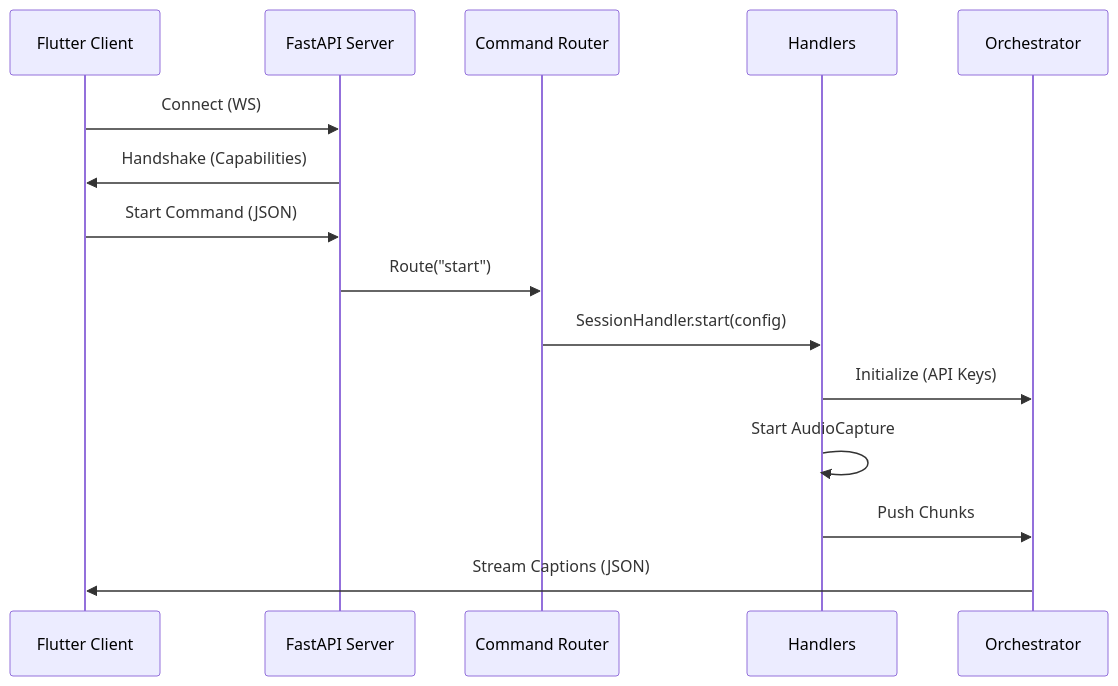
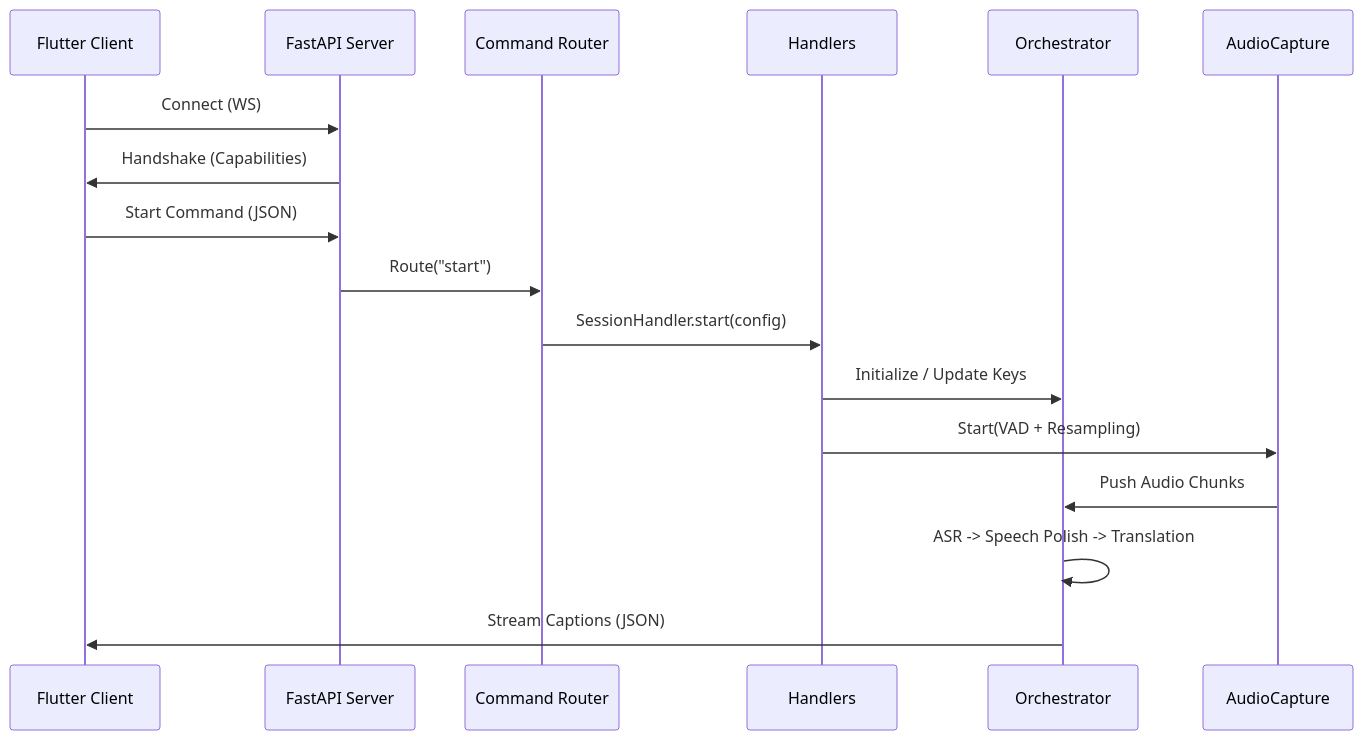
One commit to Marshal-GG/omni-bridge-translator changed the diagram in docs/python_architecture.md. Above: the diagram before and after it, drawn with Mermaid. The commit also changed other lines of this file and 32 other files, not shown here.

````diff
--- a/docs/python_architecture.md
+++ b/docs/python_architecture.md
@@ -66,18 +71,20 @@
 ```mermaid
 sequenceDiagram
     participant C as Flutter Client
     participant S as FastAPI Server
     participant R as Command Router
     participant H as Handlers
     participant O as Orchestrator
+    participant A as AudioCapture
 
     C->>S: Connect (WS)
     S->>C: Handshake (Capabilities)
     C->>S: Start Command (JSON)
     S->>R: Route("start")
     R->>H: SessionHandler.start(config)
-    H->>O: Initialize (API Keys)
-    H->>H: Start AudioCapture
-    H->>O: Push Chunks
+    H->>O: Initialize / Update Keys
+    H->>A: Start(VAD + Resampling)
+    A->>O: Push Audio Chunks
+    O->>O: ASR -> Speech Polish -> Translation
     O->>C: Stream Captions (JSON)
 ```
````
